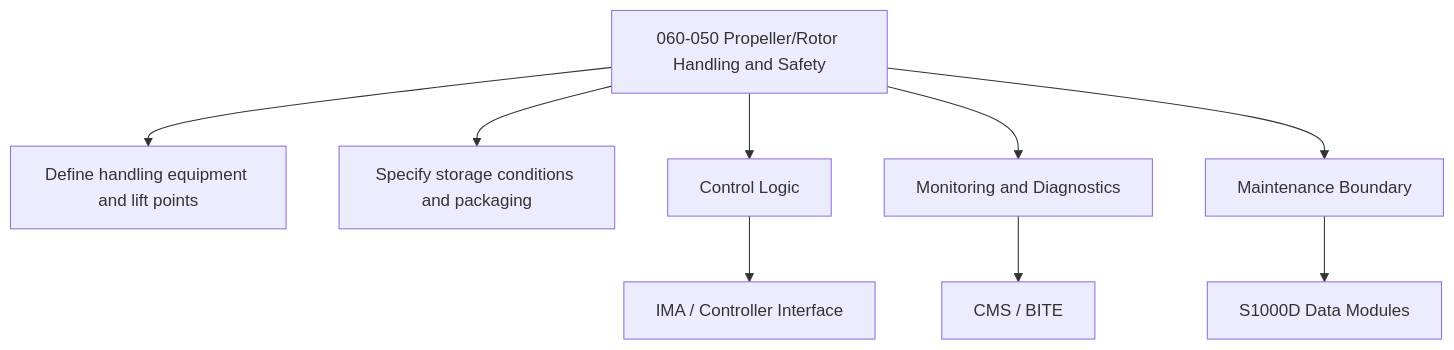
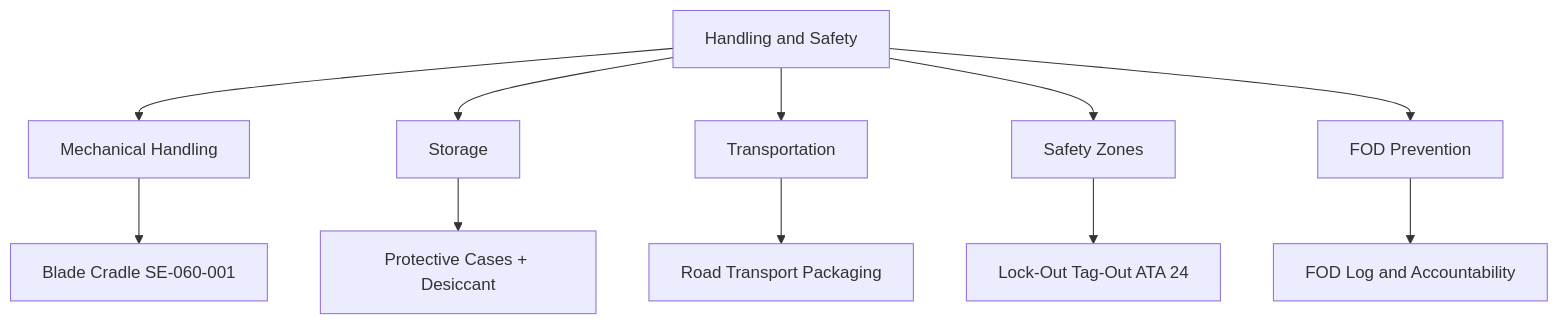
Before and after one commit to AmedeoPelliccia/Qplus-For-All-Queer-People-and-Quantum: the second of 2 diagrams in Q+ATLANTIDE/000-099_ATLAS/060-069_Propulsion-Tradicional/060_Standard-Practices-Propeller-Rotor/060-050-Propeller-Rotor-Handling-and-Safety.md, drawn with Mermaid. The commit also changed other lines of this file and 74 other files, not shown here.

````diff
--- a/Q+ATLANTIDE/000-099_ATLAS/060-069_Propulsion-Tradicional/060_Standard-Practices-Propeller-Rotor/060-050-Propeller-Rotor-Handling-and-Safety.md
+++ b/Q+ATLANTIDE/000-099_ATLAS/060-069_Propulsion-Tradicional/060_Standard-Practices-Propeller-Rotor/060-050-Propeller-Rotor-Handling-and-Safety.md
@@ -172,11 +110,13 @@
 ```mermaid
 flowchart TB
-    SYS[060-050 Propeller/Rotor Handling and Safety] --> F1[Define handling equipment and lift points]
-    SYS --> F2[Specify storage conditions and packaging]
-    SYS --> CTRL[Control Logic]
-    SYS --> MON[Monitoring and Diagnostics]
-    SYS --> MAINT[Maintenance Boundary]
-    CTRL --> IMA[IMA / Controller Interface]
-    MON --> CMS[CMS / BITE]
-    MAINT --> CSDB[S1000D Data Modules]
+    HSF[Handling and Safety] --> MECH[Mechanical Handling]
+    HSF --> STOR[Storage]
+    HSF --> TRANS[Transportation]
+    HSF --> SZONES[Safety Zones]
+    HSF --> FOD[FOD Prevention]
+    MECH --> CRADLE[Blade Cradle SE-060-001]
+    SZONES --> LOTO[Lock-Out Tag-Out ATA 24]
+    STOR --> CASE[Protective Cases + Desiccant]
+    TRANS --> PKG[Road Transport Packaging]
+    FOD --> FODLOG[FOD Log and Accountability]
 ```
````
